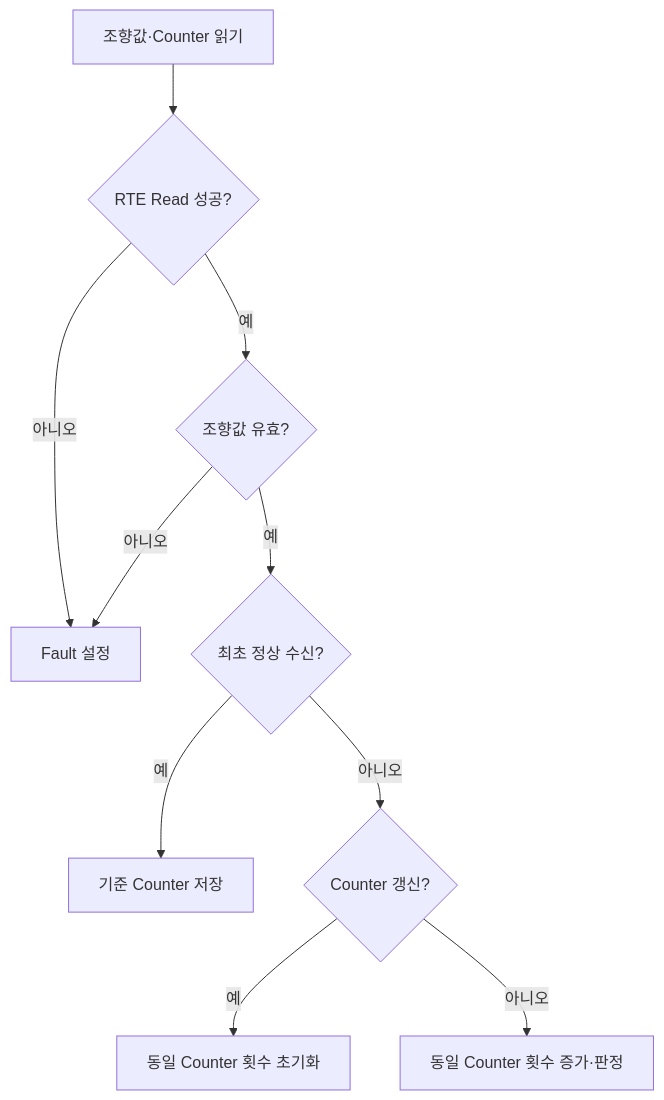
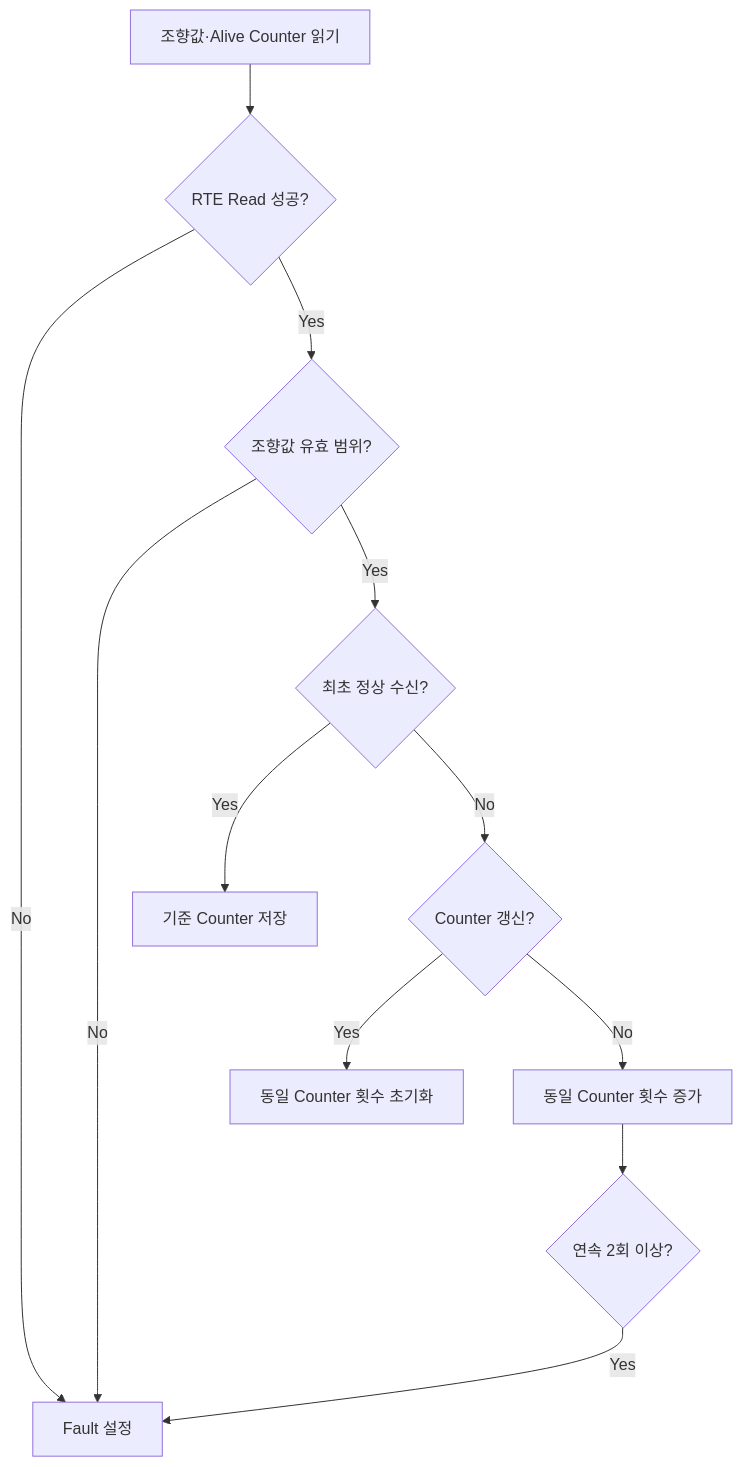
Before and after one commit to kwangil1245-code/iso26262-sbw-failsafe: the second of 5 diagrams in iso26262-sbw-failsafe/workproducts/05_SW_Detailed_Design_Unit_Construction.md, drawn with Mermaid. The commit also changed other lines of this file, not shown here.

````diff
--- a/iso26262-sbw-failsafe/workproducts/05_SW_Detailed_Design_Unit_Construction.md
+++ b/iso26262-sbw-failsafe/workproducts/05_SW_Detailed_Design_Unit_Construction.md
@@ -110,12 +127,19 @@
 ```mermaid
 flowchart TD
-    A["조향값·Counter 읽기"] --> B{"RTE Read 성공?"}
-    B -->|"아니오"| F["Fault 설정"]
-    B -->|"예"| C{"조향값 유효?"}
-    C -->|"아니오"| F
-    C -->|"예"| D{"최초 정상 수신?"}
-    D -->|"예"| E["기준 Counter 저장"]
-    D -->|"아니오"| G{"Counter 갱신?"}
-    G -->|"예"| H["동일 Counter 횟수 초기화"]
-    G -->|"아니오"| I["동일 Counter 횟수 증가·판정"]
+    A["조향값·Alive Counter 읽기"] --> B{"RTE Read 성공?"}
+
+    B -->|"No"| F["Fault 설정"]
+    B -->|"Yes"| C{"조향값 유효 범위?"}
+
+    C -->|"No"| F
+    C -->|"Yes"| D{"최초 정상 수신?"}
+
+    D -->|"Yes"| E["기준 Counter 저장"]
+    D -->|"No"| G{"Counter 갱신?"}
+
+    G -->|"Yes"| H["동일 Counter 횟수 초기화"]
+    G -->|"No"| I["동일 Counter 횟수 증가"]
+
+    I --> J{"연속 2회 이상?"}
+    J -->|"Yes"| F
 ```
````
